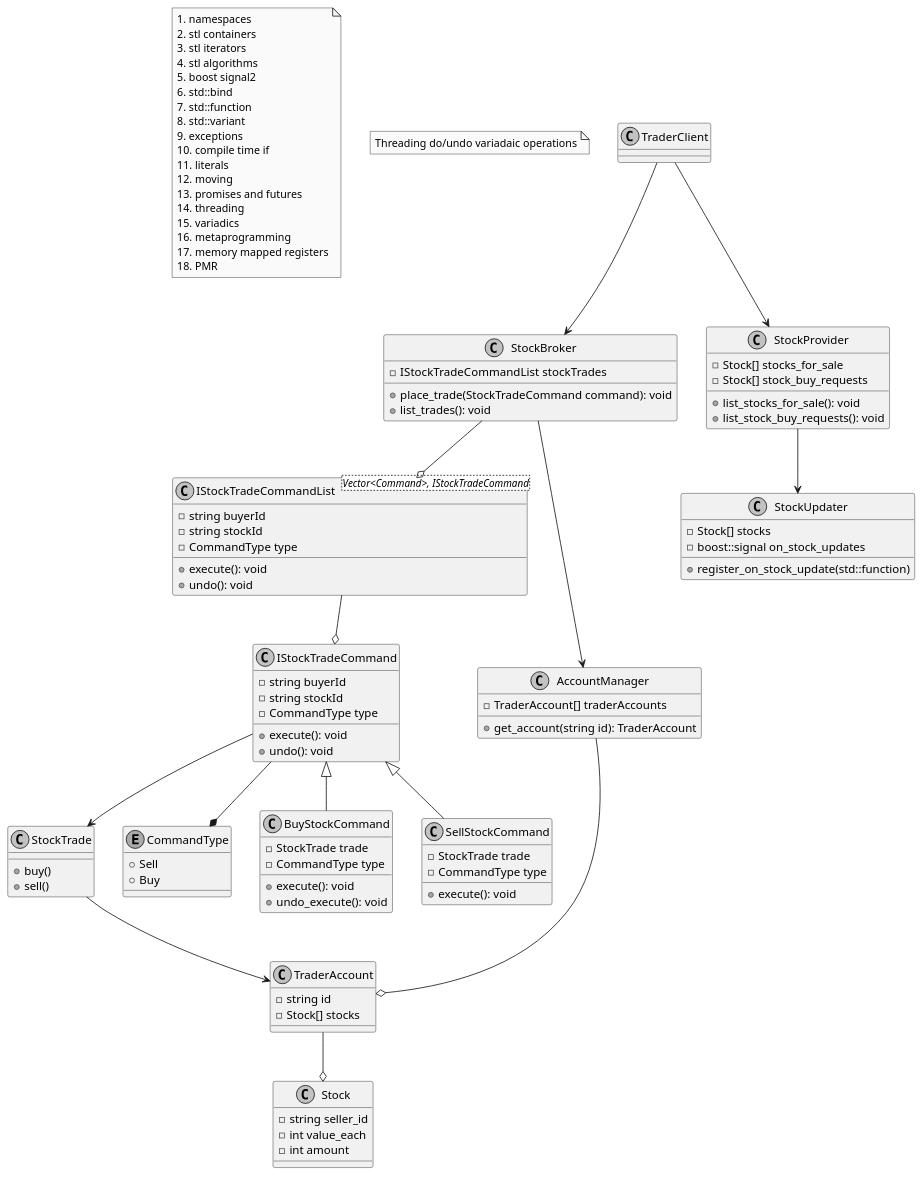
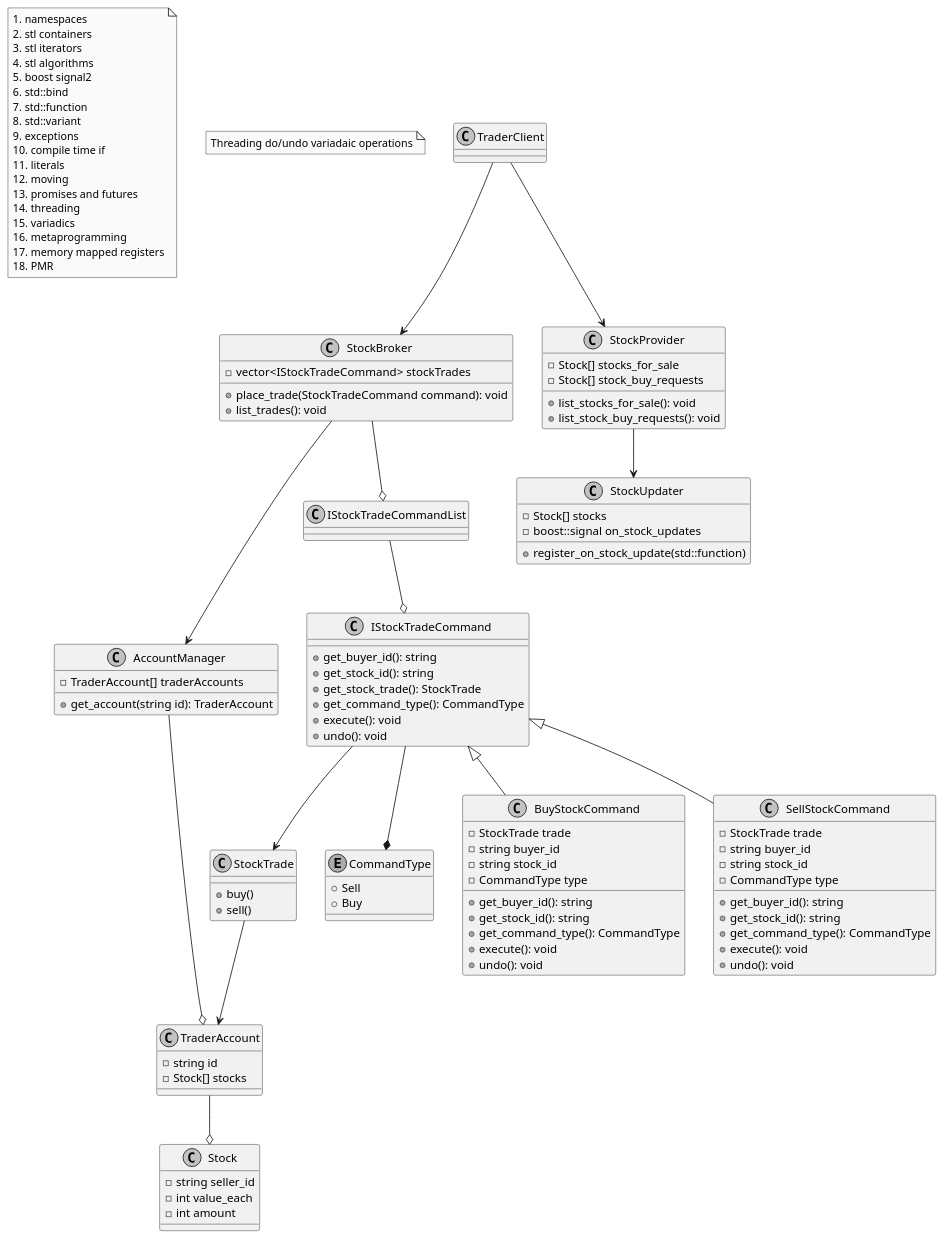
The diagram in stock-market.pu (MarcusGasberg/apk_stock_market), drawn with PlantUML before and after one commit.

Commit message:
Update class diag

```diff
--- a/stock-market.pu
+++ b/stock-market.pu
@@ -1,127 +1,130 @@
 @startuml StockMarket Class Diagram
 skinparam Monochrome true
 skinparam Shadowing false
 
 note as N1
   # namespaces
   # stl containers
   # stl iterators
   # stl algorithms
   # boost signal2
   # std::bind
   # std::function
   # std::variant
   # exceptions
   # compile time if
   # literals
   # moving
   # promises and futures
   # threading
   # variadics
   # metaprogramming
   # memory mapped registers
   # PMR
 end note
 
 
 note as N2
   Threading do/undo variadaic operations
 end note
 
 class TraderClient {
 
 }
 
 class StockBroker {
-  - IStockTradeCommandList stockTrades
+  - vector<IStockTradeCommand> stockTrades
   + place_trade(StockTradeCommand command): void
   + list_trades(): void
 } 
 
 class StockTrade {
   + buy()
   + sell()
 }
 
 class IStockTradeCommand {
-  - string buyerId
-  - string stockId
-  - CommandType type
+  + get_buyer_id(): string
+  + get_stock_id(): string
+  + get_stock_trade(): StockTrade
+  + get_command_type(): CommandType
   + execute(): void
   + undo(): void
 }
 
 enum CommandType {
   + Sell
   + Buy
 }
 
 class BuyStockCommand {
   - StockTrade trade
-  - CommandType type 
-  + execute(): void
-  + undo_execute(): void
-}
-
-class IStockTradeCommandList <Vector<Command>, IStockTradeCommand>{
-  - string buyerId
-  - string stockId
+  - string buyer_id
+  - string stock_id
   - CommandType type
+  + get_buyer_id(): string
+  + get_stock_id(): string
+  + get_command_type(): CommandType
   + execute(): void
   + undo(): void
 }
-
 class SellStockCommand {
   - StockTrade trade
+  - string buyer_id
+  - string stock_id
   - CommandType type
+  + get_buyer_id(): string
+  + get_stock_id(): string
+  + get_command_type(): CommandType
   + execute(): void
+  + undo(): void
 }
 
 class StockProvider {
   - Stock[] stocks_for_sale
   - Stock[] stock_buy_requests
   + list_stocks_for_sale(): void
   + list_stock_buy_requests(): void
 }
 
 class StockUpdater {
   - Stock[] stocks
   - boost::signal on_stock_updates
   + register_on_stock_update(std::function)
 }
 
 class AccountManager {
   - TraderAccount[] traderAccounts
   + get_account(string id): TraderAccount
 }
 
 class TraderAccount {
   - string id
   - Stock[] stocks
 }
 
 class Stock {
   - string seller_id
   - int value_each
   - int amount
 }
 
 IStockTradeCommand --* CommandType
 IStockTradeCommand <|-- BuyStockCommand
 IStockTradeCommand <|-- SellStockCommand
 IStockTradeCommand --> StockTrade
 
 StockBroker --o IStockTradeCommandList
 IStockTradeCommandList --o IStockTradeCommand
 TraderClient --> StockBroker
 
 TraderClient --> StockProvider
 StockProvider --> StockUpdater
 
 StockTrade --> TraderAccount
 
 AccountManager --o TraderAccount
 TraderAccount --o Stock
 StockBroker --> AccountManager
 
 @enduml
```
